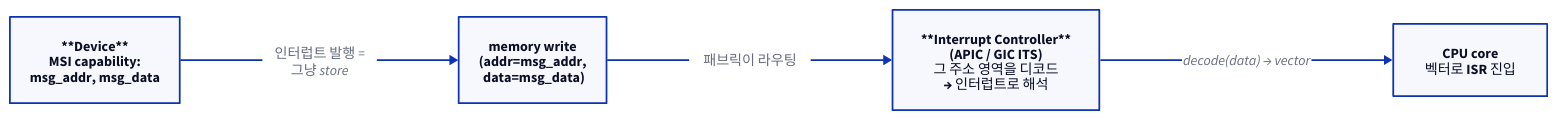
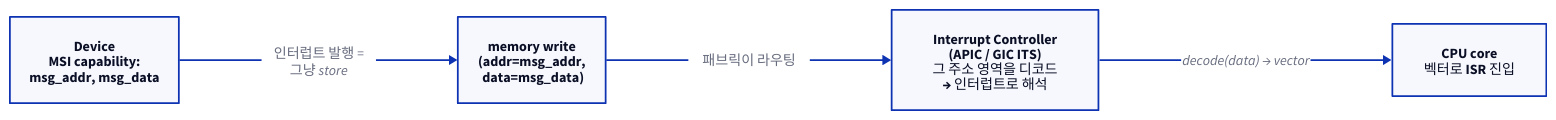
One commit to humbleowl39/DV_SKOOL changed the third of 3 diagrams in starlight_site/src/content/docs/hw_sw_interaction/03_interrupts.md. Above: the diagram before and after it, drawn with D2. The commit also changed other lines of this file and 714 other files, not shown here.

First line of the commit message:
fix(site): d2 다이어그램 가독성 결함 6종 일괄 수정

````diff
--- a/starlight_site/src/content/docs/hw_sw_interaction/03_interrupts.md
+++ b/starlight_site/src/content/docs/hw_sw_interaction/03_interrupts.md
@@ -152,10 +152,10 @@
 ```d2
 direction: right
-DEV: "**Device**\nMSI capability:\nmsg_addr, msg_data"
+DEV: "Device\nMSI capability:\nmsg_addr, msg_data"
 WR: "memory write\n(addr=msg_addr,\n data=msg_data)"
-IC: "**Interrupt Controller**\n(APIC / GIC ITS)\n그 주소 영역을 디코드\n→ 인터럽트로 해석"
+IC: "Interrupt Controller\n(APIC / GIC ITS)\n그 주소 영역을 디코드\n→ 인터럽트로 해석"
 CPU: "CPU core\n벡터로 ISR 진입"
 DEV -> WR: "인터럽트 발행 =\n그냥 store"
 WR -> IC: "패브릭이 라우팅"
 IC -> CPU: "decode(data) → vector"
 ```
````
